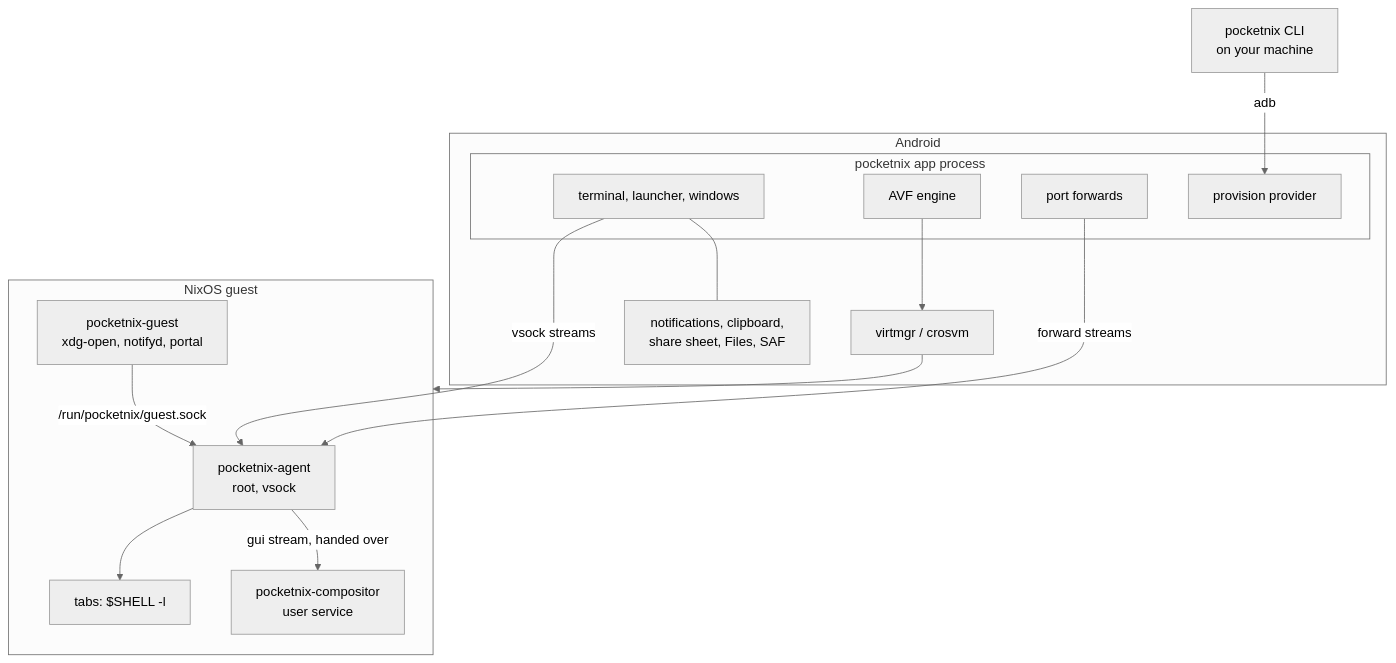
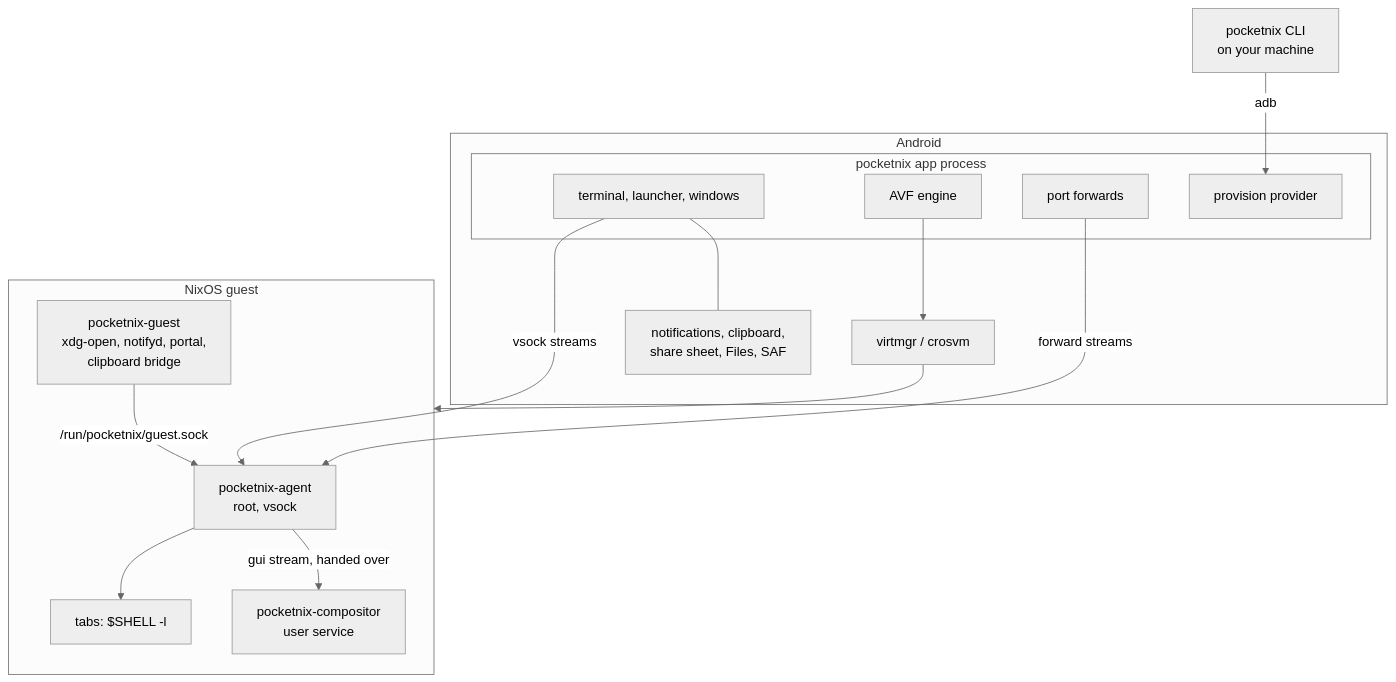
Before and after one commit to nickolaj-jepsen/pocketnix: the first of 2 diagrams in docs/architecture.md, drawn with Mermaid (neutral theme). The commit also changed other lines of this file and 1 other file, not shown here.

First line of the commit message:
docs: Wayland apps' clipboard is bridged with Android's

````diff
--- a/docs/architecture.md
+++ b/docs/architecture.md
@@ -5,27 +5,27 @@
 ```mermaid
 flowchart TB
   subgraph phone[Android]
     subgraph app[pocketnix app process]
       ui[terminal, launcher, windows]
       engine[AVF engine]
       fwd[port forwards]
       prov[provision provider]
     end
     virtmgr[virtmgr / crosvm]
     android[notifications, clipboard,<br/>share sheet, Files, SAF]
   end
   subgraph guest[NixOS guest]
     agent[pocketnix-agent<br/>root, vsock]
-    guestcli[pocketnix-guest<br/>xdg-open, notifyd, portal]
+    guestcli[pocketnix-guest<br/>xdg-open, notifyd, portal,<br/>clipboard bridge]
     comp[pocketnix-compositor<br/>user service]
     shells[tabs: $SHELL -l]
   end
   adb[pocketnix CLI<br/>on your machine] -- adb --> prov
   engine --> virtmgr --> guest
   ui -- vsock streams --> agent
   fwd -- forward streams --> agent
   agent --> shells
   guestcli -- /run/pocketnix/guest.sock --> agent
   agent -- gui stream, handed over --> comp
   ui --- android
 ```
````
